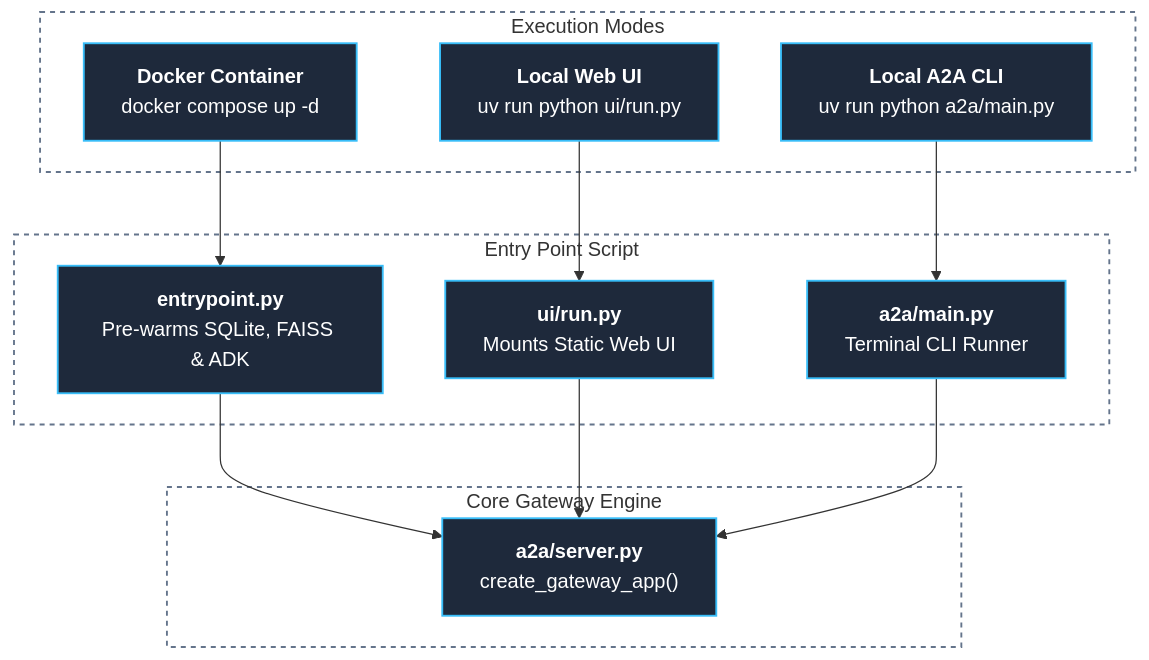
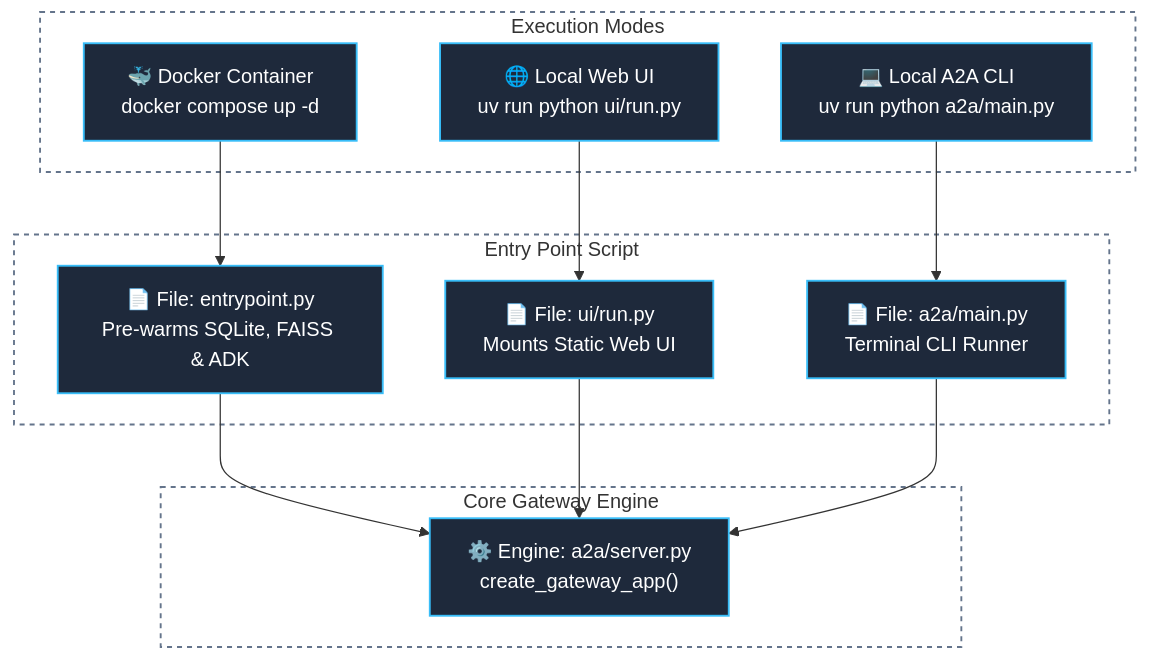
The third of 3 diagrams in A2A_flow.md (SachinMishra-ux/A2A_google), drawn with Mermaid before and after one commit. The commit also changed other lines of this file, not shown here.

Commit message:
fix(docs): add explicit File: labels and remove HTML b tags from Mermaid nodes

````diff
--- a/A2A_flow.md
+++ b/A2A_flow.md
@@ -216,32 +216,32 @@
 ```mermaid
 flowchart TD
     subgraph Execution_Modes ["Execution Modes"]
-        A["<b>Docker Container</b><br/>docker compose up -d"]
-        B["<b>Local Web UI</b><br/>uv run python ui/run.py"]
-        C["<b>Local A2A CLI</b><br/>uv run python a2a/main.py"]
+        A["🐳 Docker Container<br/>docker compose up -d"]
+        B["🌐 Local Web UI<br/>uv run python ui/run.py"]
+        C["💻 Local A2A CLI<br/>uv run python a2a/main.py"]
     end
 
     subgraph Entrypoint_Files ["Entry Point Script"]
-        EP["<b>entrypoint.py</b><br/>Pre-warms SQLite, FAISS & ADK"]
-        UIR["<b>ui/run.py</b><br/>Mounts Static Web UI"]
-        CLIS["<b>a2a/main.py</b><br/>Terminal CLI Runner"]
+        EP["📄 File: entrypoint.py<br/>Pre-warms SQLite, FAISS & ADK"]
+        UIR["📄 File: ui/run.py<br/>Mounts Static Web UI"]
+        CLIS["📄 File: a2a/main.py<br/>Terminal CLI Runner"]
     end
 
     subgraph Unified_Server ["Core Gateway Engine"]
-        SRV["<b>a2a/server.py</b><br/>create_gateway_app()"]
+        SRV["⚙️ Engine: a2a/server.py<br/>create_gateway_app()"]
     end
 
     A --> EP
     B --> UIR
     C --> CLIS
     EP --> SRV
     UIR --> SRV
     CLIS --> SRV
 
     %% Universal High-Contrast Theme Styling (Works in both Dark and Light modes)
     style Execution_Modes fill:none,stroke:#64748b,stroke-width:1.5px,stroke-dasharray: 4 4
     style Entrypoint_Files fill:none,stroke:#64748b,stroke-width:1.5px,stroke-dasharray: 4 4
     style Unified_Server fill:none,stroke:#64748b,stroke-width:1.5px,stroke-dasharray: 4 4
 
     classDef default fill:#1e293b,stroke:#38bdf8,stroke-width:1.5px,color:#ffffff;
 ```
````
